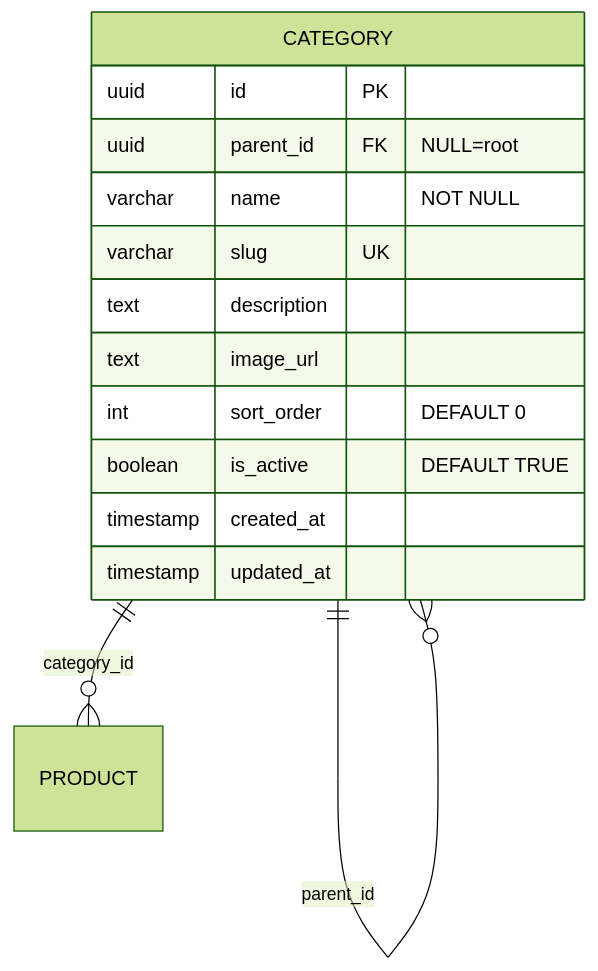
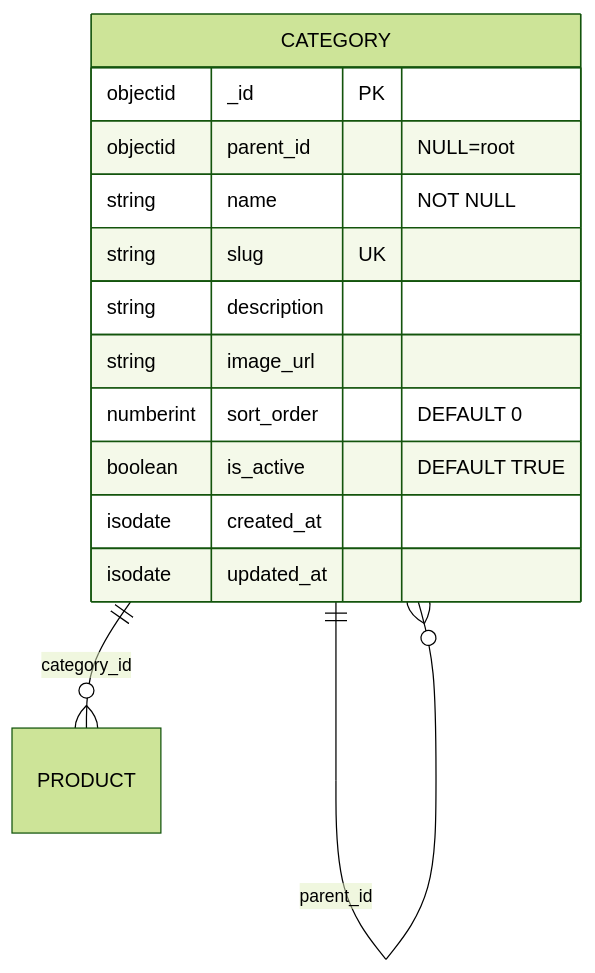
One commit to ldqanh1408/stealing-from-paradise changed the diagram in documents/data-models/product-service/entity-category.md. Above: the diagram before and after it, drawn with Mermaid (forest theme). The commit also changed other lines of this file and 97 other files, not shown here.

Commit message:
chore: update documentation for identity and product services, including new API endpoints and architectural details

````diff
--- a/documents/data-models/product-service/entity-category.md
+++ b/documents/data-models/product-service/entity-category.md
@@ -11,17 +12,17 @@
 ```mermaid
 erDiagram
     CATEGORY {
-        uuid id PK
-        uuid parent_id FK "NULL=root"
-        varchar name "NOT NULL"
-        varchar slug UK
-        text description
-        text image_url
-        int sort_order "DEFAULT 0"
+        objectid _id PK
+        objectid parent_id "NULL=root"
+        string name "NOT NULL"
+        string slug UK
+        string description
+        string image_url
+        numberint sort_order "DEFAULT 0"
         boolean is_active "DEFAULT TRUE"
-        timestamp created_at
-        timestamp updated_at
+        isodate created_at
+        isodate updated_at
     }
     CATEGORY ||--o{ CATEGORY : "parent_id"
     CATEGORY ||--o{ PRODUCT : "category_id"
 ```
````
